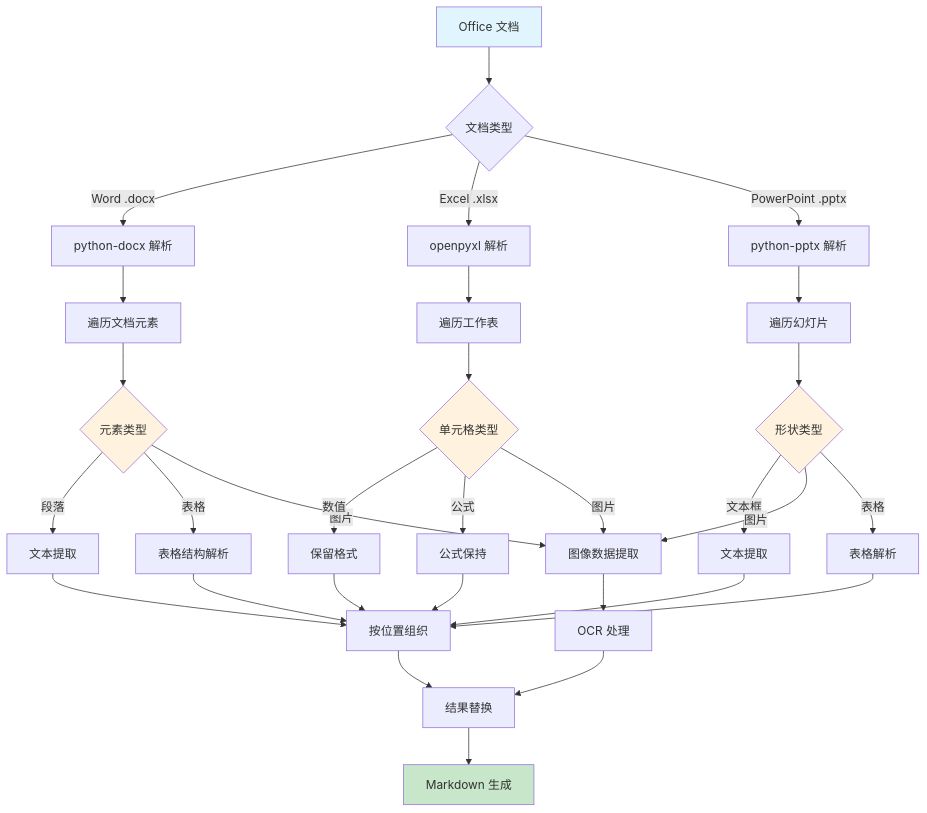
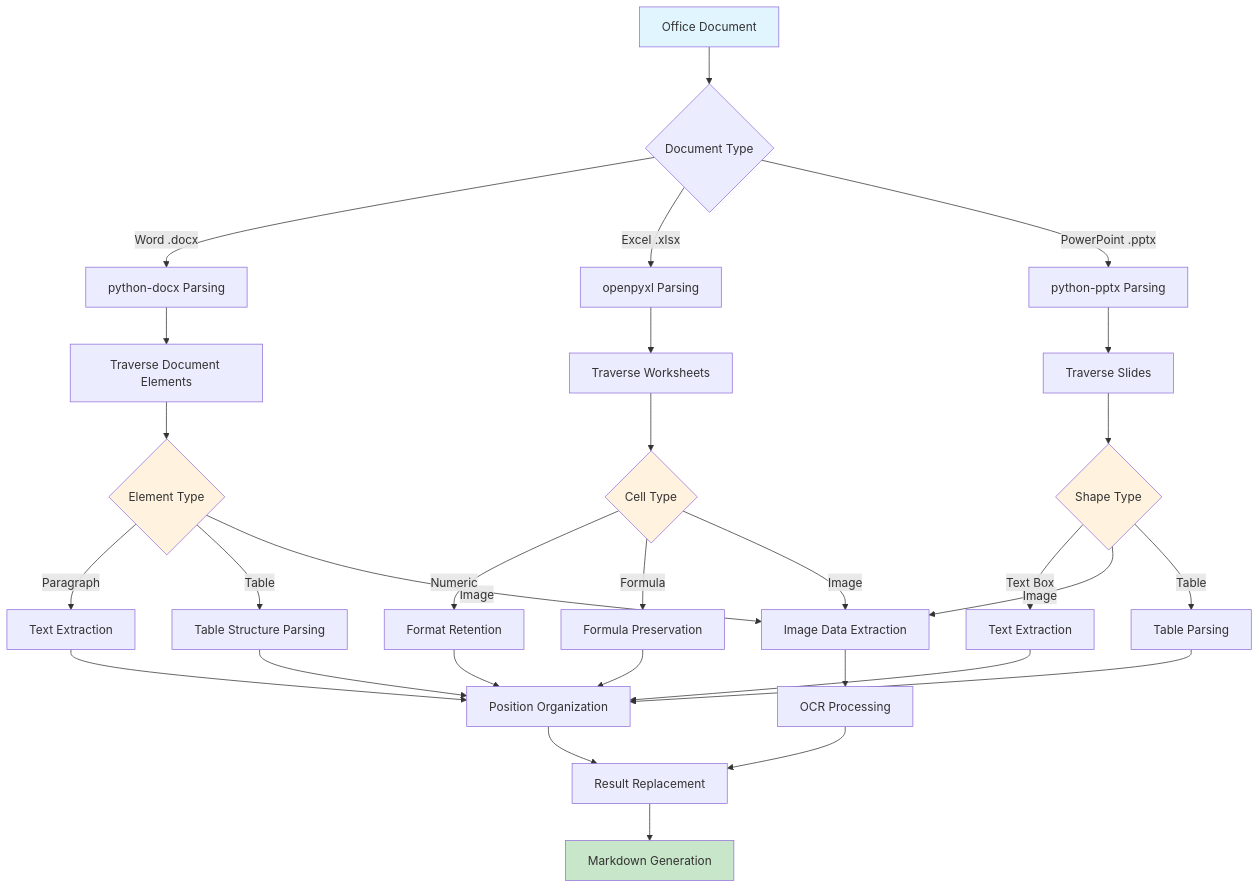
Before and after one commit to 309299817/doculook: the third of 5 diagrams in README.md, drawn with Mermaid. The commit also changed other lines of this file, not shown here.

````diff
--- a/README.md
+++ b/README.md
@@ -171,46 +175,46 @@
 ```mermaid
 flowchart TD
-    A[Office 文档] --> B{文档类型}
+    A[Office Document] --> B{Document Type}
     
-    B -->|Word .docx| C[python-docx 解析]
-    B -->|Excel .xlsx| D[openpyxl 解析]
-    B -->|PowerPoint .pptx| E[python-pptx 解析]
+    B -->|Word .docx| C[python-docx Parsing]
+    B -->|Excel .xlsx| D[openpyxl Parsing]
+    B -->|PowerPoint .pptx| E[python-pptx Parsing]
     
-    C --> F[遍历文档元素]
-    D --> G[遍历工作表]
-    E --> H[遍历幻灯片]
+    C --> F[Traverse Document Elements]
+    D --> G[Traverse Worksheets]
+    E --> H[Traverse Slides]
     
-    F --> I{元素类型}
-    G --> J{单元格类型}
-    H --> K{形状类型}
+    F --> I{Element Type}
+    G --> J{Cell Type}
+    H --> K{Shape Type}
     
-    I -->|段落| L[文本提取]
-    I -->|表格| M[表格结构解析]
-    I -->|图片| N[图像数据提取]
+    I -->|Paragraph| L[Text Extraction]
+    I -->|Table| M[Table Structure Parsing]
+    I -->|Image| N[Image Data Extraction]
     
-    J -->|数值| O[保留格式]
-    J -->|公式| P[公式保持]
-    J -->|图片| N
+    J -->|Numeric| O[Format Retention]
+    J -->|Formula| P[Formula Preservation]
+    J -->|Image| N
     
-    K -->|文本框| Q[文本提取]
-    K -->|图片| N
-    K -->|表格| R[表格解析]
+    K -->|Text Box| Q[Text Extraction]
+    K -->|Image| N
+    K -->|Table| R[Table Parsing]
     
-    L --> S[按位置组织]
+    L --> S[Position Organization]
     M --> S
-    N --> T[OCR 处理]
+    N --> T[OCR Processing]
     O --> S
     P --> S
     Q --> S
     R --> S
     
-    T --> U[结果替换]
+    T --> U[Result Replacement]
     S --> U
-    U --> V[Markdown 生成]
+    U --> V[Markdown Generation]
     
     style A fill:#e1f5fe
     style V fill:#c8e6c9
     style I fill:#fff3e0
     style J fill:#fff3e0
     style K fill:#fff3e0
 ```
````
